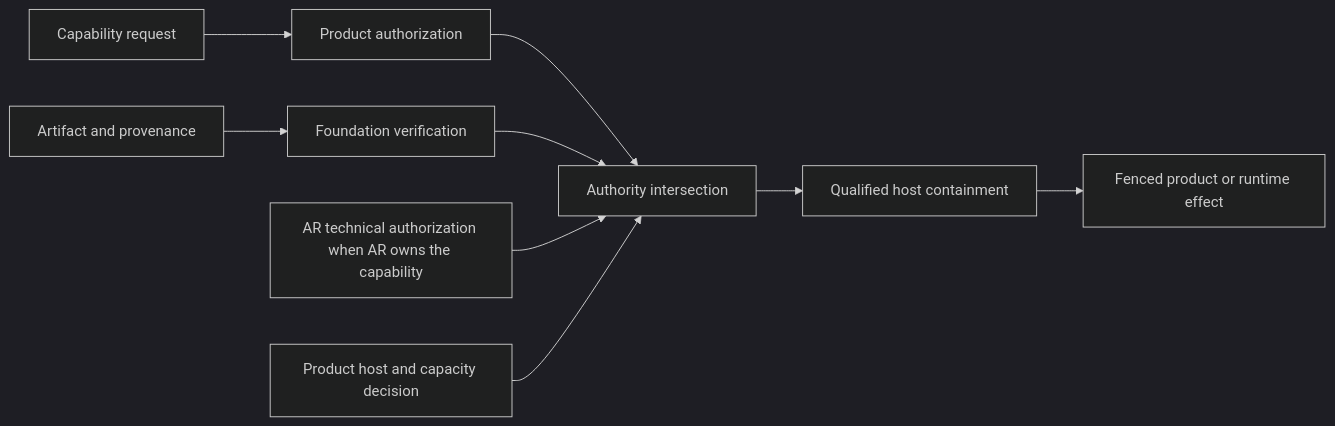
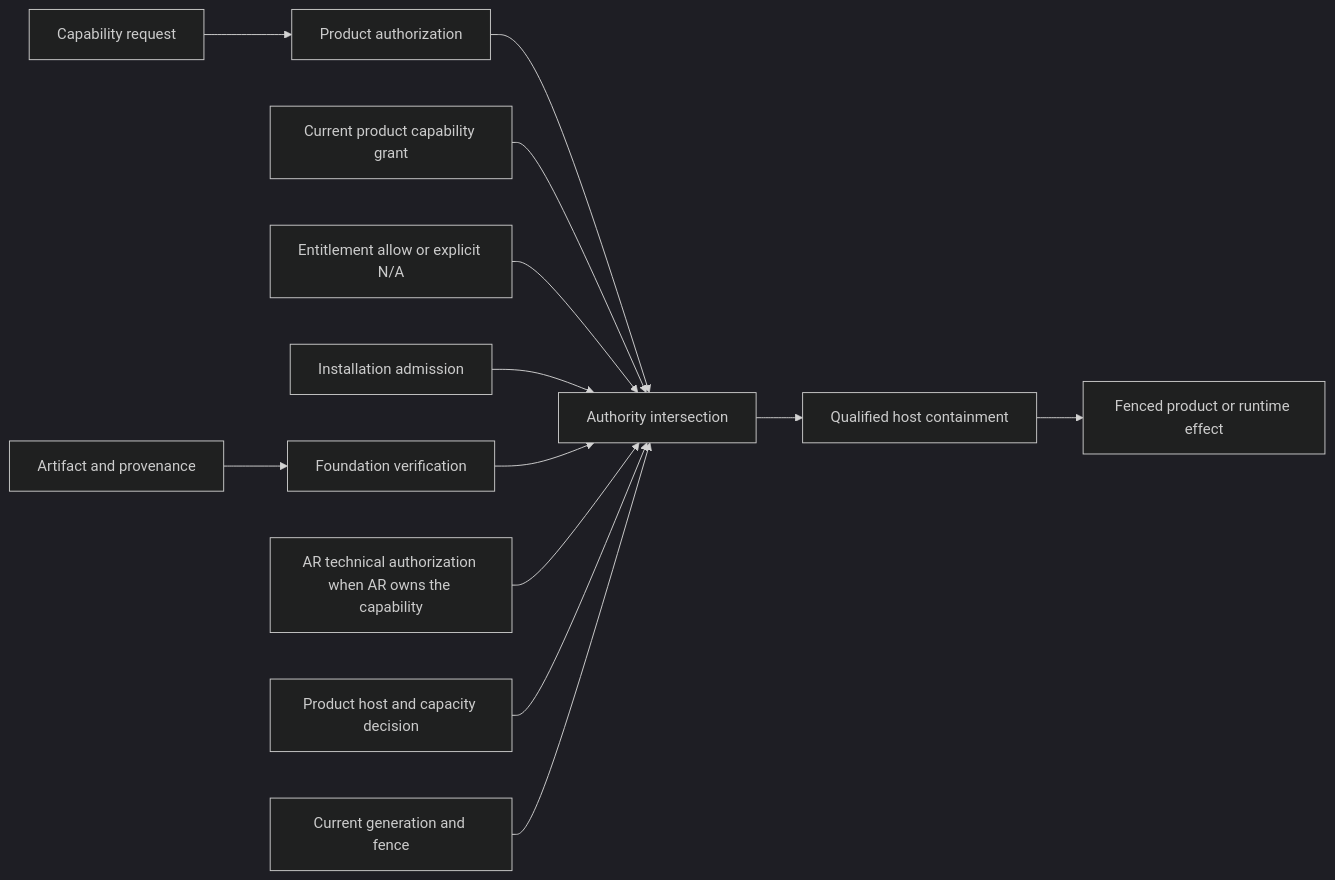
The diagram in docs/qualification/universal-module-extension-system/trust-and-security.md (agent-teams-ai/extension-foundation), drawn with Mermaid (dark theme) before and after one commit. The commit also changed other lines of this file and 10 other files, not shown here.

````diff
--- a/docs/qualification/universal-module-extension-system/trust-and-security.md
+++ b/docs/qualification/universal-module-extension-system/trust-and-security.md
@@ -22,11 +22,15 @@
 ```mermaid
 flowchart LR
     Request["Capability request"] --> Product["Product authorization"]
     Artifact["Artifact and provenance"] --> Verify["Foundation verification"]
     Product --> Intersect["Authority intersection"]
+    Grant["Current product capability grant"] --> Intersect
+    Entitlement["Entitlement allow or explicit N/A"] --> Intersect
+    Installation["Installation admission"] --> Intersect
     Verify --> Intersect
     AR["AR technical authorization when AR owns the capability"] --> Intersect
     Admission["Product host and capacity decision"] --> Intersect
+    Fence["Current generation and fence"] --> Intersect
     Intersect --> Host["Qualified host containment"]
     Host --> Effect["Fenced product or runtime effect"]
 ```
````
